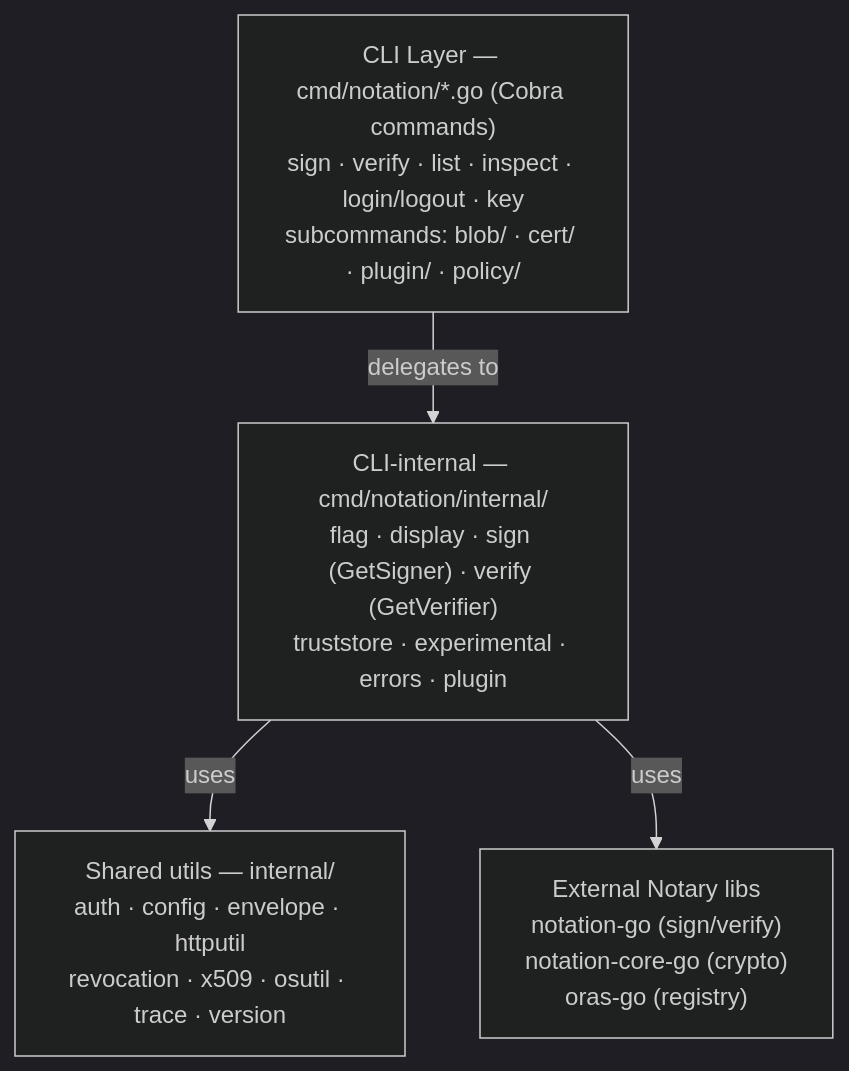
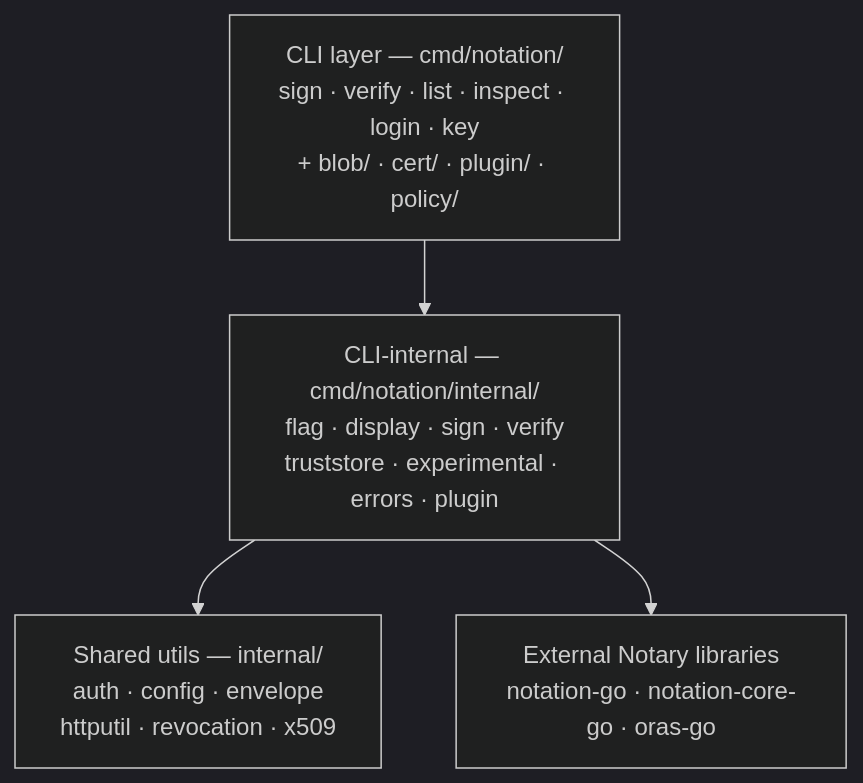
Before and after one commit to notaryproject/notation: the first of 4 diagrams in ARCHITECTURE.md, drawn with Mermaid (dark theme). The commit also changed other lines of this file, not shown here.

First line of the commit message:
docs: redesign mermaid diagrams and clarify Trust Model source of truth

````diff
--- a/ARCHITECTURE.md
+++ b/ARCHITECTURE.md
@@ -36,11 +36,11 @@
 ```mermaid
 flowchart TD
-    CLI["CLI Layer — cmd/notation/*.go (Cobra commands)<br/>sign · verify · list · inspect · login/logout · key<br/>subcommands: blob/ · cert/ · plugin/ · policy/"]
-    Internal["CLI-internal — cmd/notation/internal/<br/>flag · display · sign (GetSigner) · verify (GetVerifier)<br/>truststore · experimental · errors · plugin"]
-    Utils["Shared utils — internal/<br/>auth · config · envelope · httputil<br/>revocation · x509 · osutil · trace · version"]
-    Libs["External Notary libs<br/>notation-go (sign/verify)<br/>notation-core-go (crypto)<br/>oras-go (registry)"]
+    A["CLI layer — cmd/notation/<br/>sign · verify · list · inspect · login · key<br/>+ blob/ · cert/ · plugin/ · policy/"]
+    B["CLI-internal — cmd/notation/internal/<br/>flag · display · sign · verify<br/>truststore · experimental · errors · plugin"]
+    C["Shared utils — internal/<br/>auth · config · envelope<br/>httputil · revocation · x509"]
+    D["External Notary libraries<br/>notation-go · notation-core-go · oras-go"]
 
-    CLI -->|delegates to| Internal
-    Internal -->|uses| Utils
-    Internal -->|uses| Libs
+    A --> B
+    B --> C
+    B --> D
 ```
````
